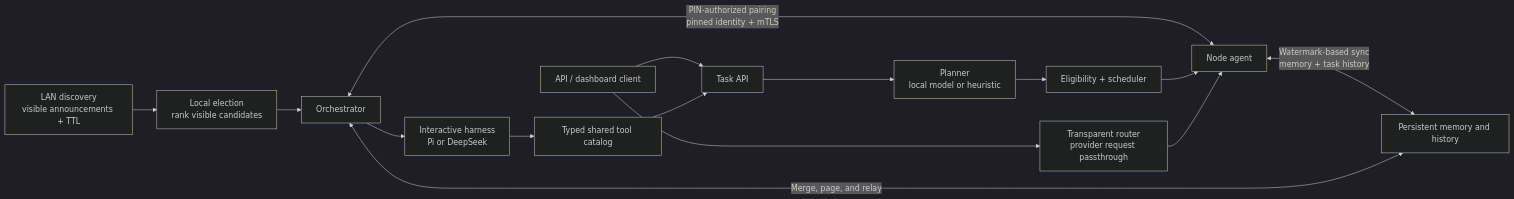
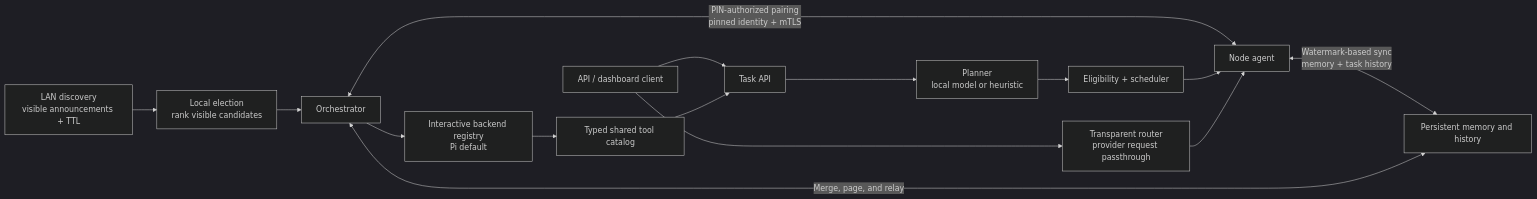
One commit to dbhaigh/mAIstr0 changed the diagram in docs/architecture.md. Above: the diagram before and after it, drawn with Mermaid (dark theme). The commit also changed other lines of this file and 106 other files, not shown here.

Commit message:
Add backend registry and safe execution controls

````diff
--- a/docs/architecture.md
+++ b/docs/architecture.md
@@ -7,21 +7,21 @@
 ```mermaid
 flowchart LR
     Discovery["LAN discovery<br/>visible announcements + TTL"] --> Election["Local election<br/>rank visible candidates"]
     Election --> Orchestrator["Orchestrator"]
     Orchestrator <-->|"PIN-authorized pairing<br/>pinned identity + mTLS"| Node["Node agent"]
 
     Client["API / dashboard client"] --> TaskAPI["Task API"]
     TaskAPI --> Planner["Planner<br/>local model or heuristic"]
     Planner --> Scheduler["Eligibility + scheduler"]
     Scheduler --> Node
 
     Client --> Router["Transparent router<br/>provider request passthrough"]
     Router --> Node
 
-    Orchestrator --> Harness["Interactive harness<br/>Pi or DeepSeek"]
+    Orchestrator --> Harness["Interactive backend registry<br/>Pi default"]
     Harness --> Tools["Typed shared tool catalog"]
     Tools --> TaskAPI
 
     Node <-->|"Watermark-based sync<br/>memory + task history"| Memory["Persistent memory and history"]
     Orchestrator <-->|"Merge, page, and relay"| Memory
 ```
````
